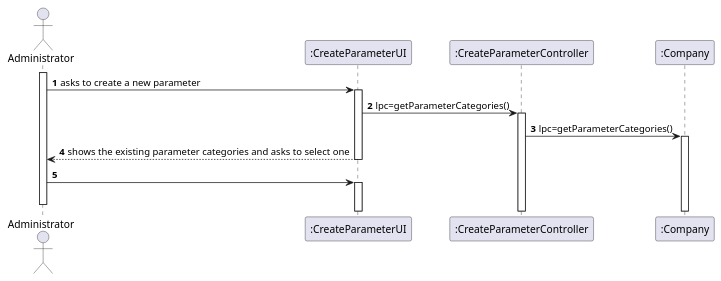
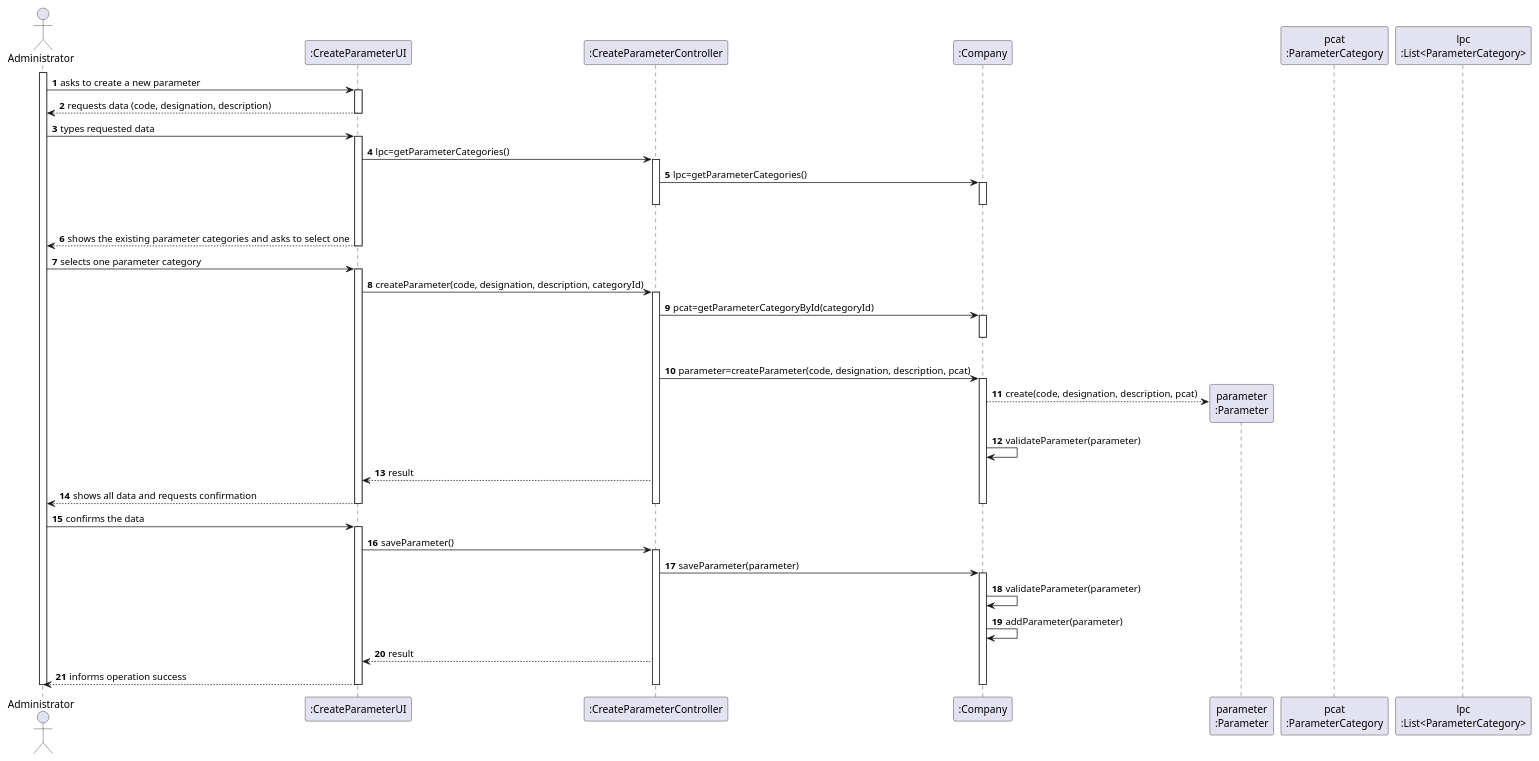
The diagram in docs/SprintB/US10/US10-SD.puml (0franciscor/lei-21-s2-1de-g19), drawn with PlantUML before and after one commit. The commit also changed 4 other files, not shown here.

```diff
--- a/docs/SprintB/US10/US10-SD.puml
+++ b/docs/SprintB/US10/US10-SD.puml
@@ -1,19 +1,81 @@
 @startuml
 'https://plantuml.com/sequence-diagram
 
 autonumber
-actor Administrator as ADM
+'hide footbox
+actor "Administrator" as ADM
+
 participant ":CreateParameterUI" as CPUI
 participant ":CreateParameterController" as CPC
-participant ":Company" as Comp
+participant ":Company" as COMP
+participant "parameter\n:Parameter" as PARAM
+participant "pcat\n:ParameterCategory" as CAT
+participant "lpc\n:List<ParameterCategory>" as LIST_CAT
+
 activate ADM
+ADM -> CPUI : asks to create a new parameter
+activate CPUI
+CPUI --> ADM : requests data (code, designation, description)
+deactivate CPUI
 
+ADM -> CPUI : types requested data
+activate CPUI
 
-ADM -> CPUI ++: asks to create a new parameter
-CPUI -> CPC ++: lpc=getParameterCategories()
-CPC -> Comp ++: lpc=getParameterCategories()
-CPUI --> ADM --: shows the existing parameter categories and asks to select one
-ADM -> CPUI ++:
+CPUI -> CPC : lpc=getParameterCategories()
+activate CPC
+
+CPC -> COMP : lpc=getParameterCategories()
+activate COMP
+|||
+deactivate COMP
+deactivate CPC
+
+CPUI --> ADM : shows the existing parameter categories and asks to select one
+deactivate COMP
+deactivate CPUI
+
+ADM -> CPUI : selects one parameter category
+activate CPUI
+
+CPUI -> CPC : createParameter(code, designation, description, categoryId)
+activate CPC
+
+CPC -> COMP : pcat=getParameterCategoryById(categoryId)
+activate COMP
+|||
+deactivate COMP
+
+CPC -> COMP: parameter=createParameter(code, designation, description, pcat)
+activate COMP
+
+COMP --> PARAM**: create(code, designation, description, pcat)
+COMP -> COMP: validateParameter(parameter)
+
+CPC --> CPUI: result
+
+CPUI --> ADM: shows all data and requests confirmation
+deactivate COMP
+deactivate CPC
+deactivate CPUI
+
+ADM -> CPUI : confirms the data
+activate CPUI
+CPUI -> CPC : saveParameter()
+activate CPC
+
+CPC -> COMP : saveParameter(parameter)
+activate COMP
+
+COMP -> COMP: validateParameter(parameter)
+COMP -> COMP: addParameter(parameter)
+
+CPC --> CPUI: result
+
+CPUI --> ADM : informs operation success
+deactivate COMP
+deactivate CPC
+deactivate CPUI
 
 deactivate ADM
+
 @enduml
```
